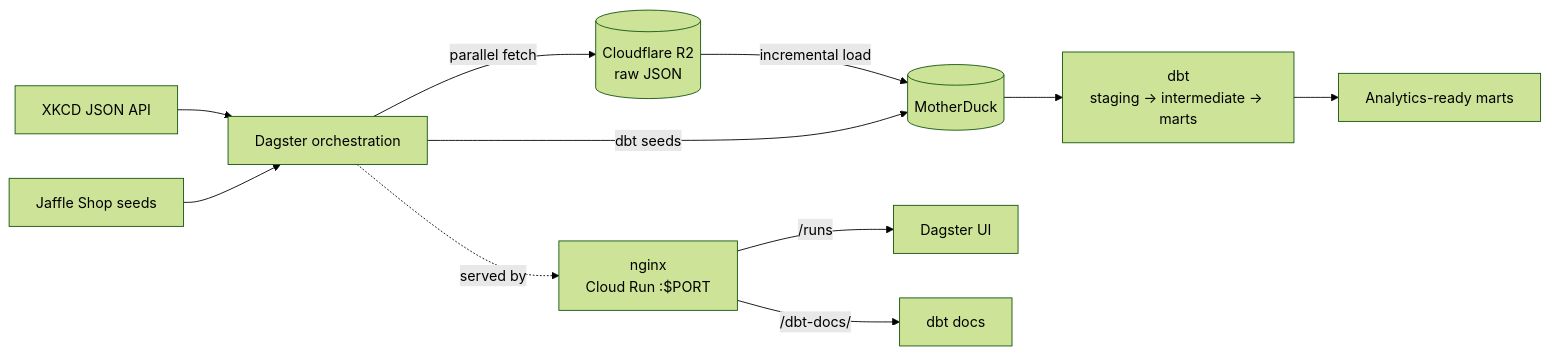
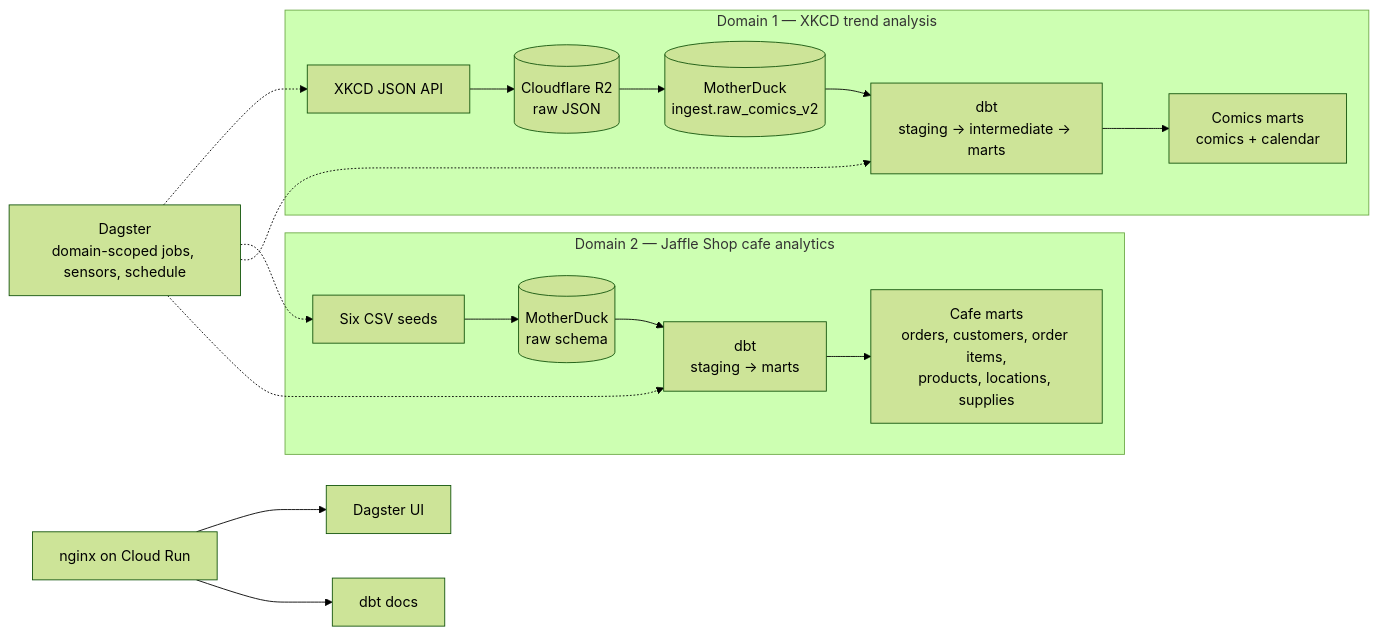
One commit to antipev/analytics-engineering changed the diagram in README.md. Above: the diagram before and after it, drawn with Mermaid (forest theme). The commit also changed other lines of this file and 5 other files, not shown here.

````diff
--- a/README.md
+++ b/README.md
@@ -38,16 +130,23 @@
 ```mermaid
 flowchart LR
-  X["XKCD JSON API"] --> D["Dagster orchestration"]
-  J["Jaffle Shop seeds"] --> D
+  subgraph D1["Domain 1 — XKCD trend analysis"]
+    X["XKCD JSON API"] --> R2[("Cloudflare R2<br/>raw JSON")]
+    R2 --> XRAW[("MotherDuck<br/>ingest.raw_comics_v2")]
+    XRAW --> XDBT["dbt<br/>staging → intermediate → marts"]
+    XDBT --> XOUT["Comics marts<br/>comics + calendar"]
+  end
 
-  D -->|"parallel fetch"| R2[("Cloudflare R2<br/>raw JSON")]
-  R2 -->|"incremental load"| MD[("MotherDuck")]
-  D -->|"dbt seeds"| MD
+  subgraph D2["Domain 2 — Jaffle Shop cafe analytics"]
+    J["Six CSV seeds"] --> JRAW[("MotherDuck<br/>raw schema")]
+    JRAW --> JDBT["dbt<br/>staging → marts"]
+    JDBT --> JOUT["Cafe marts<br/>orders, customers, order items,<br/>products, locations, supplies"]
+  end
 
-  MD --> DBT["dbt<br/>staging → intermediate → marts"]
-  DBT --> OUT["Analytics-ready marts"]
+  DG["Dagster<br/>domain-scoped jobs, sensors, schedule"] -.-> X
+  DG -.-> J
+  DG -.-> XDBT
+  DG -.-> JDBT
 
-  D -.->|"served by"| NG["nginx<br/>Cloud Run :$PORT"]
-  NG -->|"/runs"| UI["Dagster UI"]
-  NG -->|"/dbt-docs/"| DOCS["dbt docs"]
+  NG["nginx on Cloud Run"] --> UI["Dagster UI"]
+  NG --> DOCS["dbt docs"]
 ```
````
